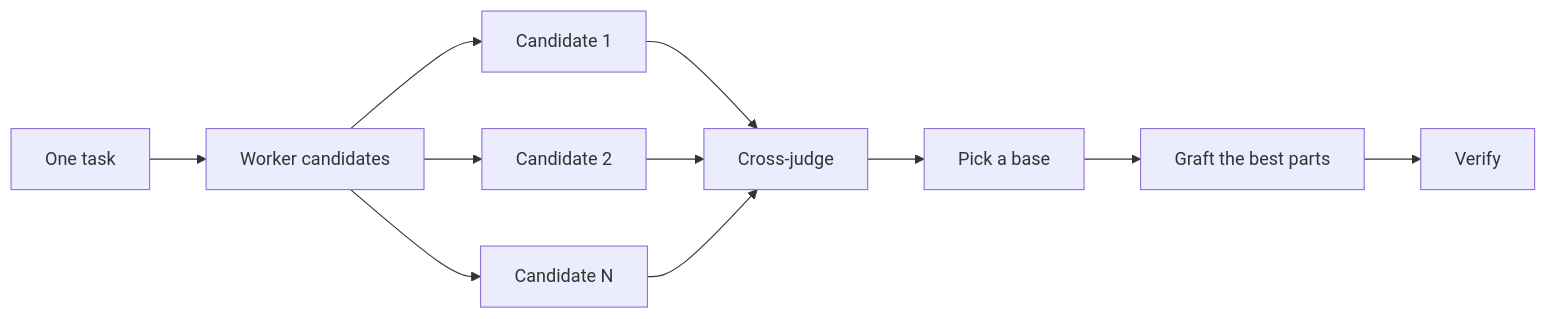
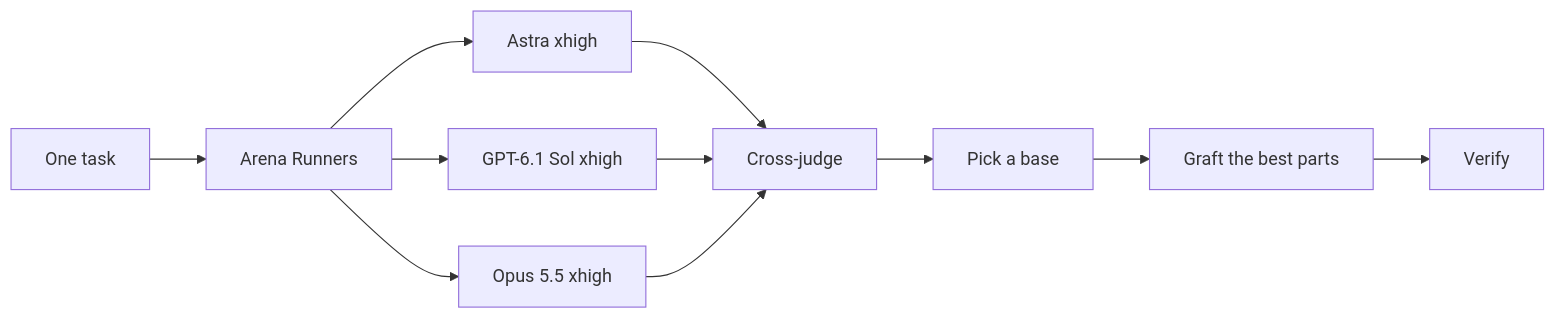
Before and after one commit to khoi/paseo-pstack: the diagram in docs/guide/04-design.md, drawn with Mermaid. The commit also changed other lines of this file and 8 other files, not shown here.

First line of the commit message:
pstack: use three model profiles for arena runners

````diff
--- a/docs/guide/04-design.md
+++ b/docs/guide/04-design.md
@@ -29,13 +29,13 @@
 ```mermaid
 flowchart LR
-    A[One task] --> B[Worker candidates]
-    B --> C[Candidate 1]
-    B --> D[Candidate 2]
-    B --> E[Candidate N]
+    A[One task] --> B[Arena Runners]
+    B --> C[Astra xhigh]
+    B --> D[GPT-6.1 Sol xhigh]
+    B --> E[Opus 5.5 xhigh]
     C --> F[Cross-judge]
     D --> F
     E --> F
     F --> G[Pick a base]
     G --> H[Graft the best parts]
     H --> I[Verify]
 ```
````
